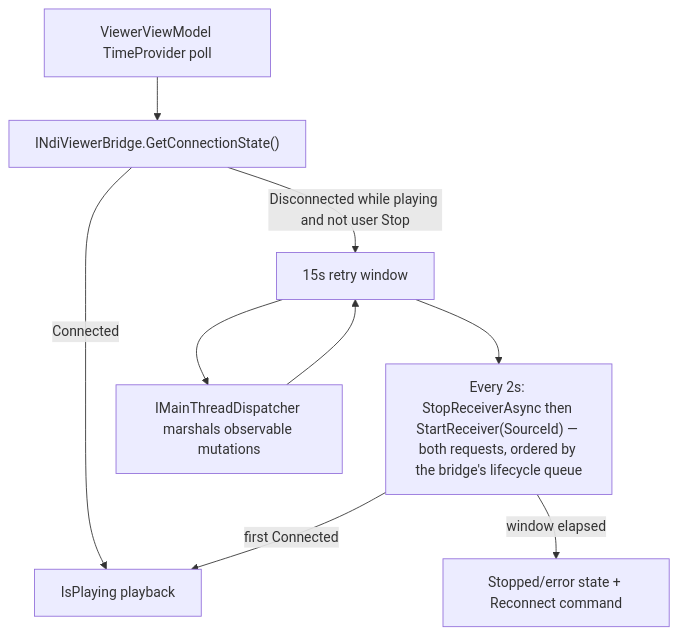
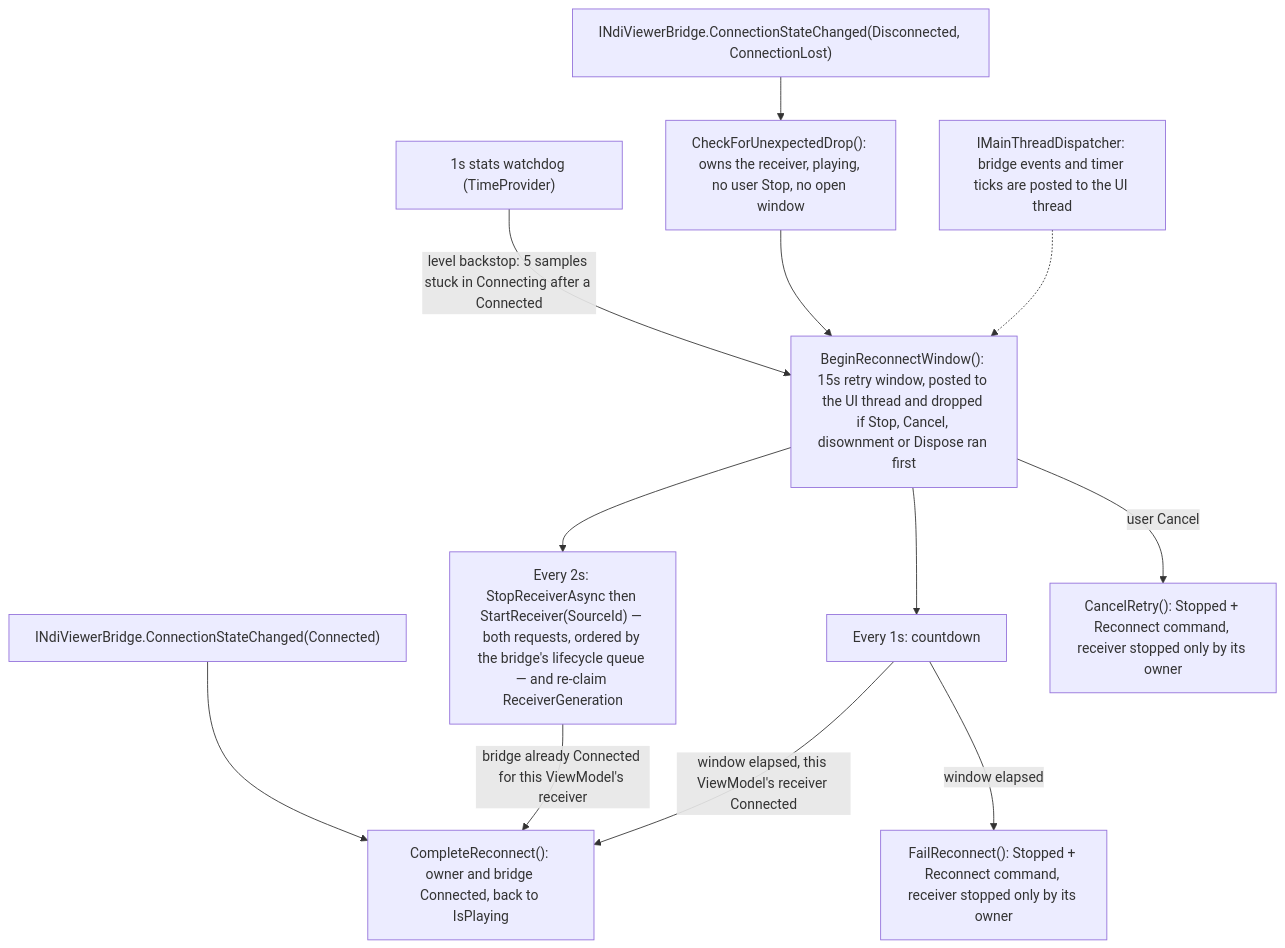
One commit to nielsverhoeven/NDI-for-Android changed the second of 2 diagrams in docs/architecture.md. Above: the diagram before and after it, drawn with Mermaid. The commit also changed 1 other file, not shown here.

First paragraph of the commit message:
docs(viewer): correct the reconnection sections and redraw the reconnect diagram
Make the KNOWLEDGE-BASE reconnection section and the docs/architecture.md
diagram match the code, including this branch's changes:

````diff
--- a/docs/architecture.md
+++ b/docs/architecture.md
@@ -288,11 +288,14 @@
 ```mermaid
 graph TB
-    POLL["ViewerViewModel TimeProvider poll"] --> GCS["INdiViewerBridge.GetConnectionState()"]
-    GCS -->|Connected| PLAY["IsPlaying playback"]
-    GCS -->|Disconnected while playing and not user Stop| WINDOW["15s retry window"]
-    WINDOW --> ATTEMPT["Every 2s: StopReceiverAsync then StartReceiver(SourceId) — both requests, ordered by the bridge's lifecycle queue"]
-    ATTEMPT -->|first Connected| PLAY
-    ATTEMPT -->|window elapsed| FAILED["Stopped/error state + Reconnect command"]
-    WINDOW --> DISP["IMainThreadDispatcher marshals observable mutations"]
-    DISP --> WINDOW
+    EVT["INdiViewerBridge.ConnectionStateChanged(Disconnected, ConnectionLost)"] --> DROP["CheckForUnexpectedDrop(): owns the receiver, playing, no user Stop, no open window"]
+    STATS["1s stats watchdog (TimeProvider)"] -->|"level backstop: 5 samples stuck in Connecting after a Connected"| WINDOW
+    DROP --> WINDOW["BeginReconnectWindow(): 15s retry window, posted to the UI thread and dropped if Stop, Cancel, disownment or Dispose ran first"]
+    WINDOW --> ATTEMPT["Every 2s: StopReceiverAsync then StartReceiver(SourceId) — both requests, ordered by the bridge's lifecycle queue — and re-claim ReceiverGeneration"]
+    WINDOW --> TICK["Every 1s: countdown"]
+    CONN["INdiViewerBridge.ConnectionStateChanged(Connected)"] --> DONE
+    ATTEMPT -->|"bridge already Connected for this ViewModel's receiver"| DONE["CompleteReconnect(): owner and bridge Connected, back to IsPlaying"]
+    TICK -->|"window elapsed, this ViewModel's receiver Connected"| DONE
+    TICK -->|"window elapsed"| FAILED["FailReconnect(): Stopped + Reconnect command, receiver stopped only by its owner"]
+    WINDOW -->|"user Cancel"| CANCELLED["CancelRetry(): Stopped + Reconnect command, receiver stopped only by its owner"]
+    DISP["IMainThreadDispatcher: bridge events and timer ticks are posted to the UI thread"] -.-> WINDOW
 ```
````
